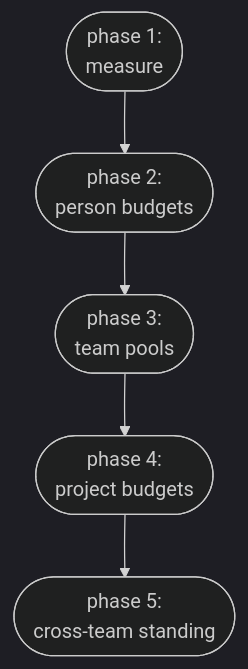
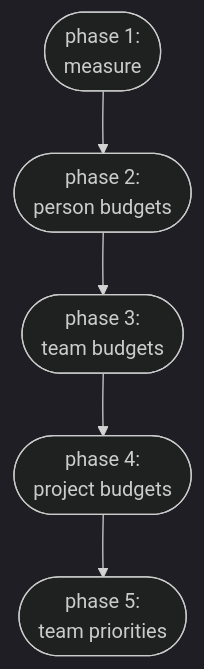
Before and after one commit to stephenwhitmarsh/faircenter: the first of 3 diagrams in STRATEGY.md, drawn with Mermaid (dark theme). The commit also changed other lines of this file and 8 other files, not shown here.

````diff
--- a/STRATEGY.md
+++ b/STRATEGY.md
@@ -14,8 +18,8 @@
 ```mermaid
 graph TD
 
   p1([phase 1:<br/>measure]) --> p2([phase 2:<br/>person budgets])
-  p2 --> p3([phase 3:<br/>team pools])
+  p2 --> p3([phase 3:<br/>team budgets])
   p3 --> p4([phase 4:<br/>project budgets])
-  p4 --> p5([phase 5:<br/>cross-team standing])
+  p4 --> p5([phase 5:<br/>team priorities])
 ```
````
